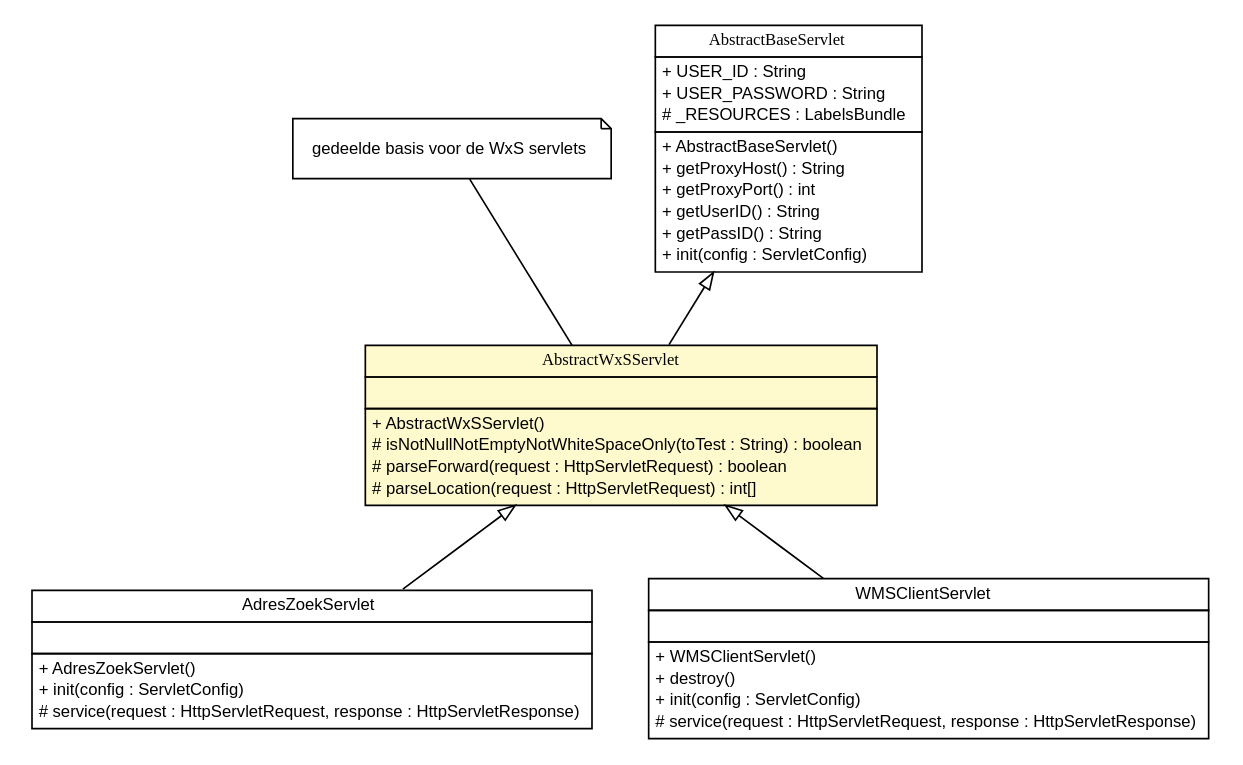
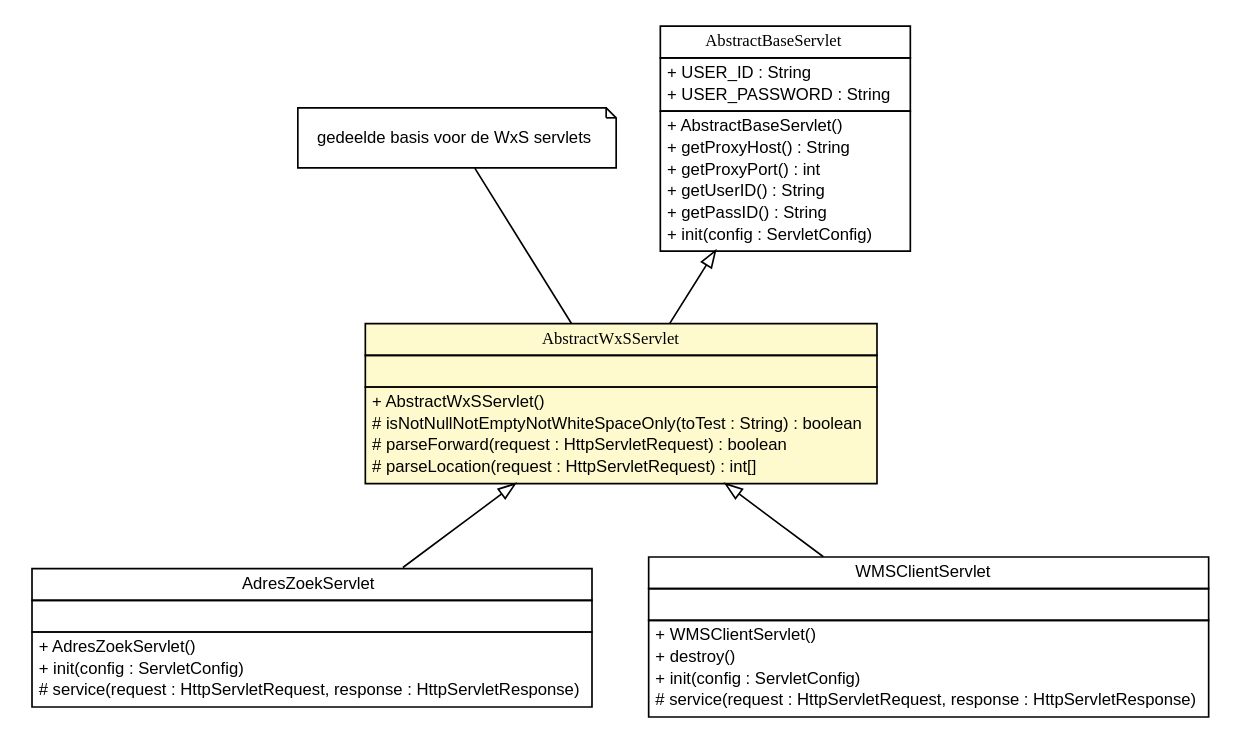
Before and after one commit to MinELenI/CBSviewer: the diagram in apidocs/nl/mineleni/cbsviewer/servlet/AbstractWxSServlet.dot, drawn with Graphviz. The commit also changed 451 other files, not shown here.

```diff
--- a/apidocs/nl/mineleni/cbsviewer/servlet/AbstractWxSServlet.dot
+++ b/apidocs/nl/mineleni/cbsviewer/servlet/AbstractWxSServlet.dot
@@ -1,88 +1,87 @@
 #!/usr/local/bin/dot
 #
 # Class diagram 
 # Generated by UMLGraph version R5_6 (http://www.umlgraph.org/)
 #
 
 digraph G {
 	edge [fontname="arial",fontsize=10,labelfontname="arial",labelfontsize=10];
 	node [fontname="arial",fontsize=10,shape=plaintext];
 	nodesep=0.25;
 	ranksep=0.5;
 	// nl.mineleni.cbsviewer.servlet.AbstractWxSServlet
 	c683 [label=<<table title="nl.mineleni.cbsviewer.servlet.AbstractWxSServlet" border="0" cellborder="1" cellspacing="0" cellpadding="2" port="p" bgcolor="lemonChiffon" href="./AbstractWxSServlet.html">
 		<tr><td><table border="0" cellspacing="0" cellpadding="1">
 <tr><td align="center" balign="center"><font face="arial italic"> AbstractWxSServlet </font></td></tr>
 		</table></td></tr>
 		<tr><td><table border="0" cellspacing="0" cellpadding="1">
 <tr><td align="left" balign="left">  </td></tr>
 		</table></td></tr>
 		<tr><td><table border="0" cellspacing="0" cellpadding="1">
 <tr><td align="left" balign="left"> + AbstractWxSServlet() </td></tr>
 <tr><td align="left" balign="left"> # isNotNullNotEmptyNotWhiteSpaceOnly(toTest : String) : boolean </td></tr>
 <tr><td align="left" balign="left"> # parseForward(request : HttpServletRequest) : boolean </td></tr>
 <tr><td align="left" balign="left"> # parseLocation(request : HttpServletRequest) : int[] </td></tr>
 		</table></td></tr>
 		</table>>, URL="./AbstractWxSServlet.html", fontname="arial", fontcolor="black", fontsize=10.0];
 	// Note annotation
 	n0cc683 [label=<<table title="nl.mineleni.cbsviewer.servlet.AbstractWxSServlet" border="0" cellborder="0" cellspacing="0" cellpadding="2" port="p" href="./AbstractWxSServlet.html">
 		<tr><td><table border="0" cellspacing="0" cellpadding="1">
 <tr><td align="left" balign="left"> gedeelde basis voor de WxS servlets </td></tr>
 		</table></td></tr>
 		</table>>, fontname="arial", fontcolor="black", fontsize=10.0, shape=note];
 	n0cc683 -> c683:p[arrowhead=none];
 	// nl.mineleni.cbsviewer.servlet.AbstractBaseServlet
 	c684 [label=<<table title="nl.mineleni.cbsviewer.servlet.AbstractBaseServlet" border="0" cellborder="1" cellspacing="0" cellpadding="2" port="p" href="./AbstractBaseServlet.html">
 		<tr><td><table border="0" cellspacing="0" cellpadding="1">
 <tr><td align="center" balign="center"><font face="arial italic"> AbstractBaseServlet </font></td></tr>
 		</table></td></tr>
 		<tr><td><table border="0" cellspacing="0" cellpadding="1">
 <tr><td align="left" balign="left"> + USER_ID : String </td></tr>
 <tr><td align="left" balign="left"> + USER_PASSWORD : String </td></tr>
-<tr><td align="left" balign="left"> # _RESOURCES : LabelsBundle </td></tr>
 		</table></td></tr>
 		<tr><td><table border="0" cellspacing="0" cellpadding="1">
 <tr><td align="left" balign="left"> + AbstractBaseServlet() </td></tr>
 <tr><td align="left" balign="left"> + getProxyHost() : String </td></tr>
 <tr><td align="left" balign="left"> + getProxyPort() : int </td></tr>
 <tr><td align="left" balign="left"> + getUserID() : String </td></tr>
 <tr><td align="left" balign="left"> + getPassID() : String </td></tr>
 <tr><td align="left" balign="left"> + init(config : ServletConfig) </td></tr>
 		</table></td></tr>
 		</table>>, URL="./AbstractBaseServlet.html", fontname="arial", fontcolor="black", fontsize=10.0];
 	// nl.mineleni.cbsviewer.servlet.gazetteer.AdresZoekServlet
 	c685 [label=<<table title="nl.mineleni.cbsviewer.servlet.gazetteer.AdresZoekServlet" border="0" cellborder="1" cellspacing="0" cellpadding="2" port="p" href="./gazetteer/AdresZoekServlet.html">
 		<tr><td><table border="0" cellspacing="0" cellpadding="1">
 <tr><td align="center" balign="center"> AdresZoekServlet </td></tr>
 		</table></td></tr>
 		<tr><td><table border="0" cellspacing="0" cellpadding="1">
 <tr><td align="left" balign="left">  </td></tr>
 		</table></td></tr>
 		<tr><td><table border="0" cellspacing="0" cellpadding="1">
 <tr><td align="left" balign="left"> + AdresZoekServlet() </td></tr>
 <tr><td align="left" balign="left"> + init(config : ServletConfig) </td></tr>
 <tr><td align="left" balign="left"> # service(request : HttpServletRequest, response : HttpServletResponse) </td></tr>
 		</table></td></tr>
 		</table>>, URL="./gazetteer/AdresZoekServlet.html", fontname="arial", fontcolor="black", fontsize=10.0];
 	// nl.mineleni.cbsviewer.servlet.wms.WMSClientServlet
 	c689 [label=<<table title="nl.mineleni.cbsviewer.servlet.wms.WMSClientServlet" border="0" cellborder="1" cellspacing="0" cellpadding="2" port="p" href="./wms/WMSClientServlet.html">
 		<tr><td><table border="0" cellspacing="0" cellpadding="1">
 <tr><td align="center" balign="center"> WMSClientServlet </td></tr>
 		</table></td></tr>
 		<tr><td><table border="0" cellspacing="0" cellpadding="1">
 <tr><td align="left" balign="left">  </td></tr>
 		</table></td></tr>
 		<tr><td><table border="0" cellspacing="0" cellpadding="1">
 <tr><td align="left" balign="left"> + WMSClientServlet() </td></tr>
 <tr><td align="left" balign="left"> + destroy() </td></tr>
 <tr><td align="left" balign="left"> + init(config : ServletConfig) </td></tr>
 <tr><td align="left" balign="left"> # service(request : HttpServletRequest, response : HttpServletResponse) </td></tr>
 		</table></td></tr>
 		</table>>, URL="./wms/WMSClientServlet.html", fontname="arial", fontcolor="black", fontsize=10.0];
 	//nl.mineleni.cbsviewer.servlet.AbstractWxSServlet extends nl.mineleni.cbsviewer.servlet.AbstractBaseServlet
 	c684:p -> c683:p [dir=back,arrowtail=empty];
 	//nl.mineleni.cbsviewer.servlet.gazetteer.AdresZoekServlet extends nl.mineleni.cbsviewer.servlet.AbstractWxSServlet
 	c683:p -> c685:p [dir=back,arrowtail=empty];
 	//nl.mineleni.cbsviewer.servlet.wms.WMSClientServlet extends nl.mineleni.cbsviewer.servlet.AbstractWxSServlet
 	c683:p -> c689:p [dir=back,arrowtail=empty];
 }
```
